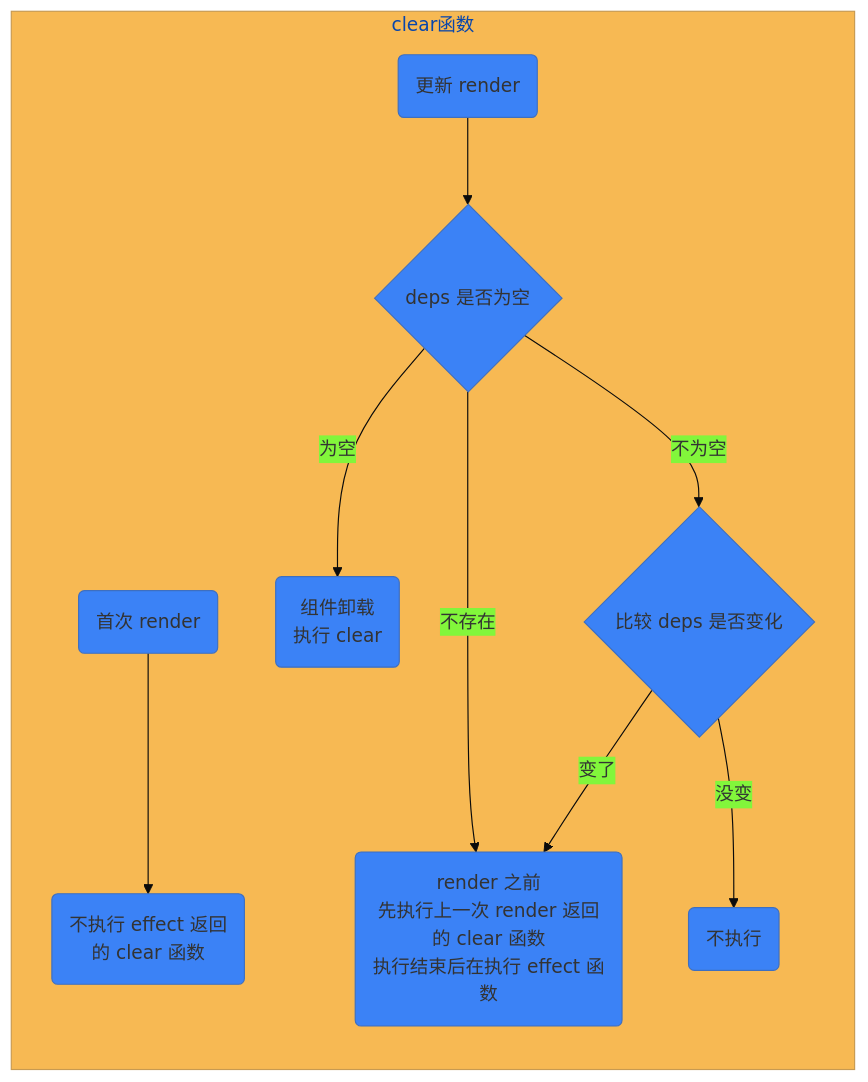
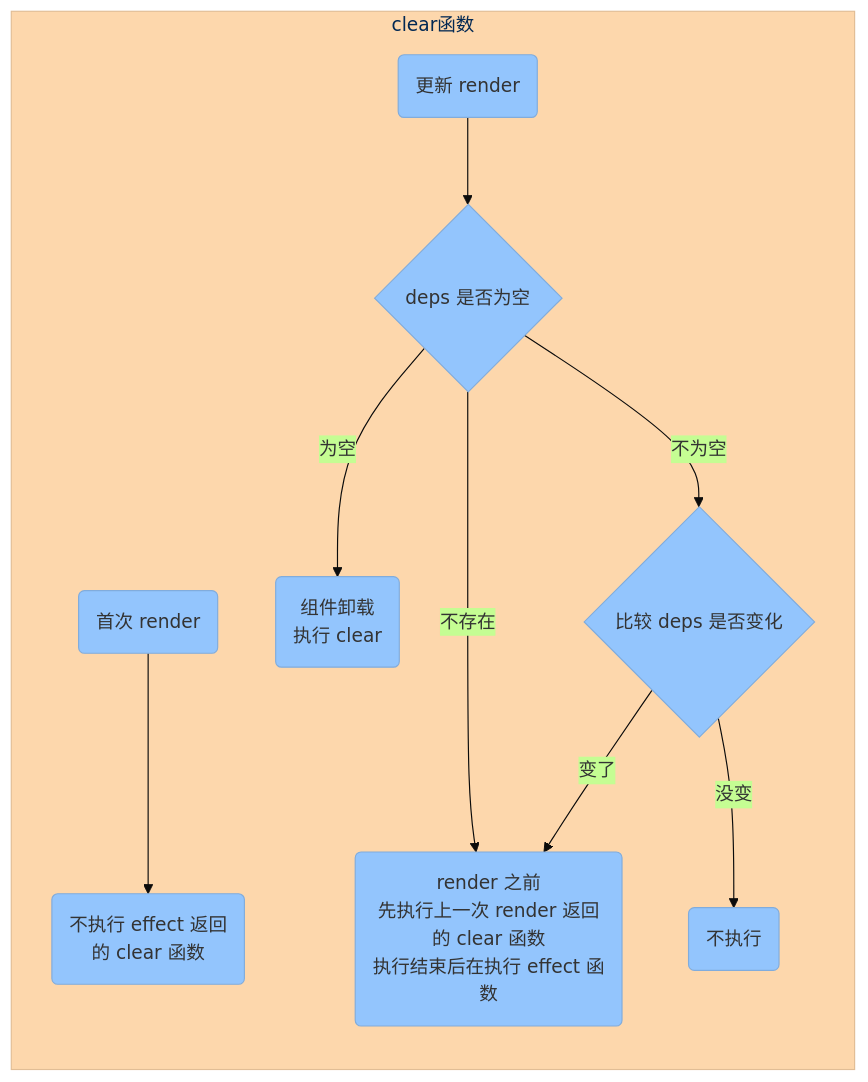
The fifth of 7 diagrams in hooks/react-hooks.md (WHF293/whf-hooks-analysis), drawn with Mermaid before and after one commit. The commit also changed other lines of this file and 9 other files, not shown here.

````diff
--- a/hooks/react-hooks.md
+++ b/hooks/react-hooks.md
@@ -272,13 +272,13 @@
 ```mermaid
-%%{init: {'theme': 'base', 'themeVariables': { 'primaryColor': '#3b82f6'}}}%%
+%%{init: {'theme': 'base', 'themeVariables': { 'primaryColor': '#93c5fd'}}}%%
 flowchart LR
   subgraph clear函数
     A(首次 render) --> B(不执行 effect 返回\n的 clear 函数)
     C(更新 render) --> D{deps 是否为空}
     D --为空--> END(组件卸载\n执行 clear)
     D --不为空--> F{比较 deps 是否变化}
     D --不存在--> W1(render 之前\n先执行上一次 render 返回的 clear 函数\n执行结束后在执行 effect 函数)
     F --变了--> W1
     F --没变--> W2(不执行)
   end
 ```
````
